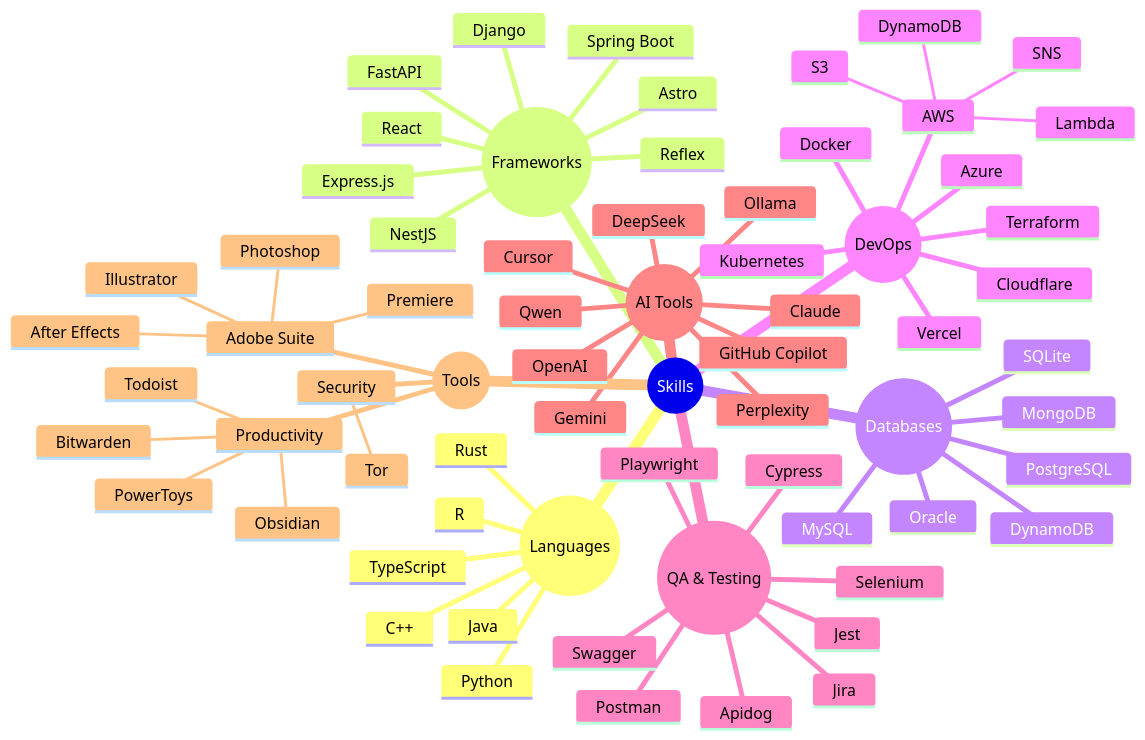
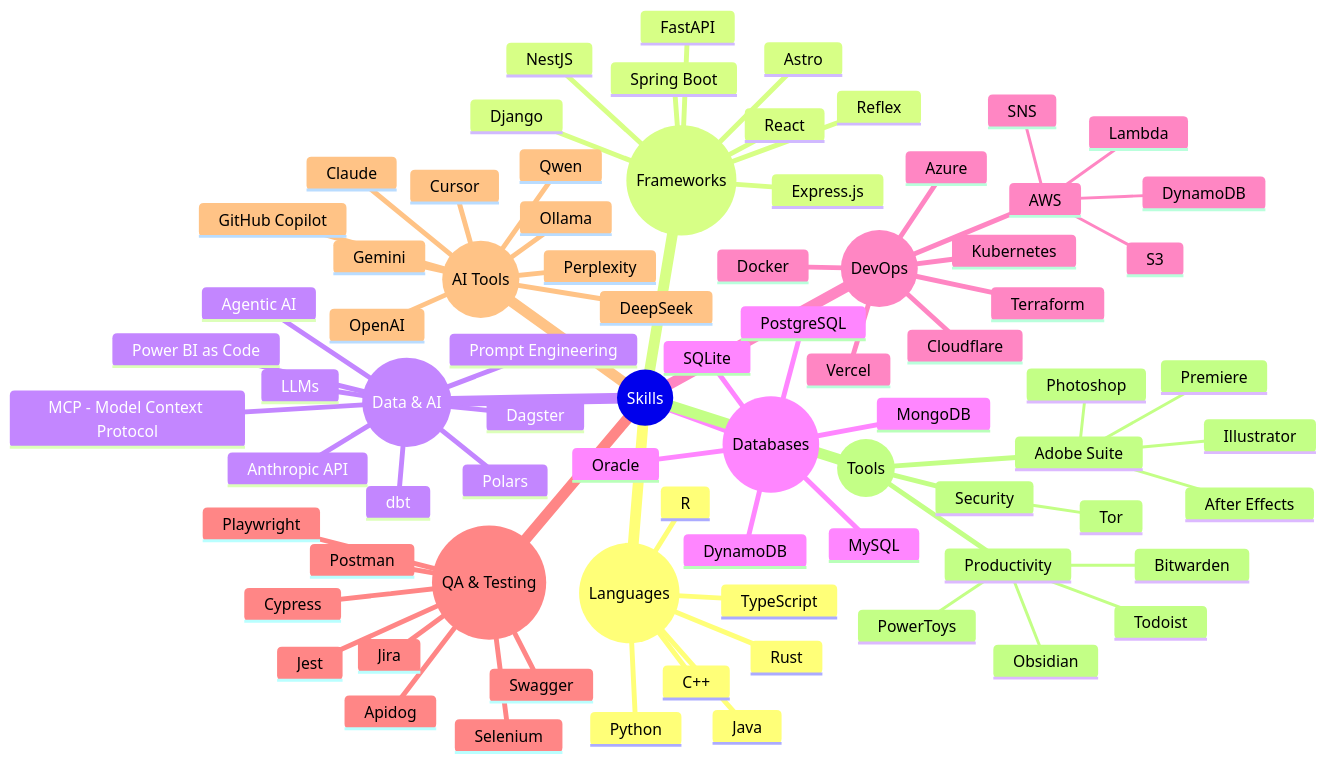
One commit to danielbanariba/danielbanariba changed the diagram in README.md. Above: the diagram before and after it, drawn with Mermaid. The commit also changed other lines of this file, not shown here.

````diff
--- a/README.md
+++ b/README.md
@@ -147,71 +199,81 @@
 ```mermaid
 mindmap
   root((Skills))
     ((Languages))
       Python
       Java
       TypeScript
       Rust
       C++
       R
     ((Frameworks))
       Spring Boot
       FastAPI
       Reflex
       Astro
       Django
       Express.js
       NestJS
       React
+    ((Data & AI))
+      Dagster
+      dbt
+      Polars
+      Power BI as Code
+      MCP - Model Context Protocol
+      Agentic AI
+      LLMs
+      Anthropic API
+      Prompt Engineering
     ((Databases))
       MySQL
       Oracle
       PostgreSQL
       MongoDB
       SQLite
       DynamoDB
     ((DevOps))
       AWS
         S3
         SNS
         DynamoDB
         Lambda
       Azure
       Cloudflare
       Docker
       Terraform
       Vercel
       Kubernetes
     ((QA & Testing))
       Postman
       Selenium
       Jest
       Cypress
       Playwright
       Jira
       Apidog
       Swagger
     ((AI Tools))
       GitHub Copilot
       Claude
       OpenAI
       Gemini
       Perplexity
       Ollama
       DeepSeek
       Cursor
       Qwen
     ((Tools))
       Adobe Suite
         Illustrator
         Photoshop
         Premiere
         After Effects
       Productivity
         Obsidian
         Bitwarden
         Todoist
         PowerToys
       Security
         Tor
 ```
````
